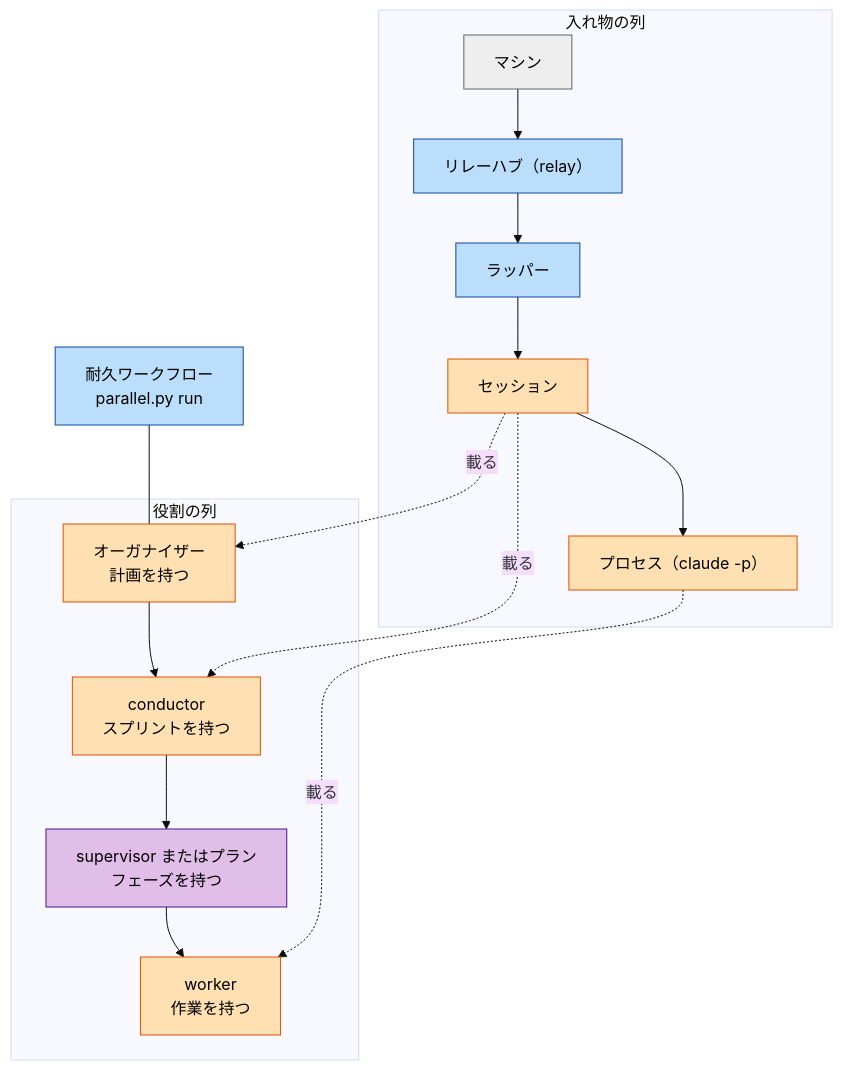
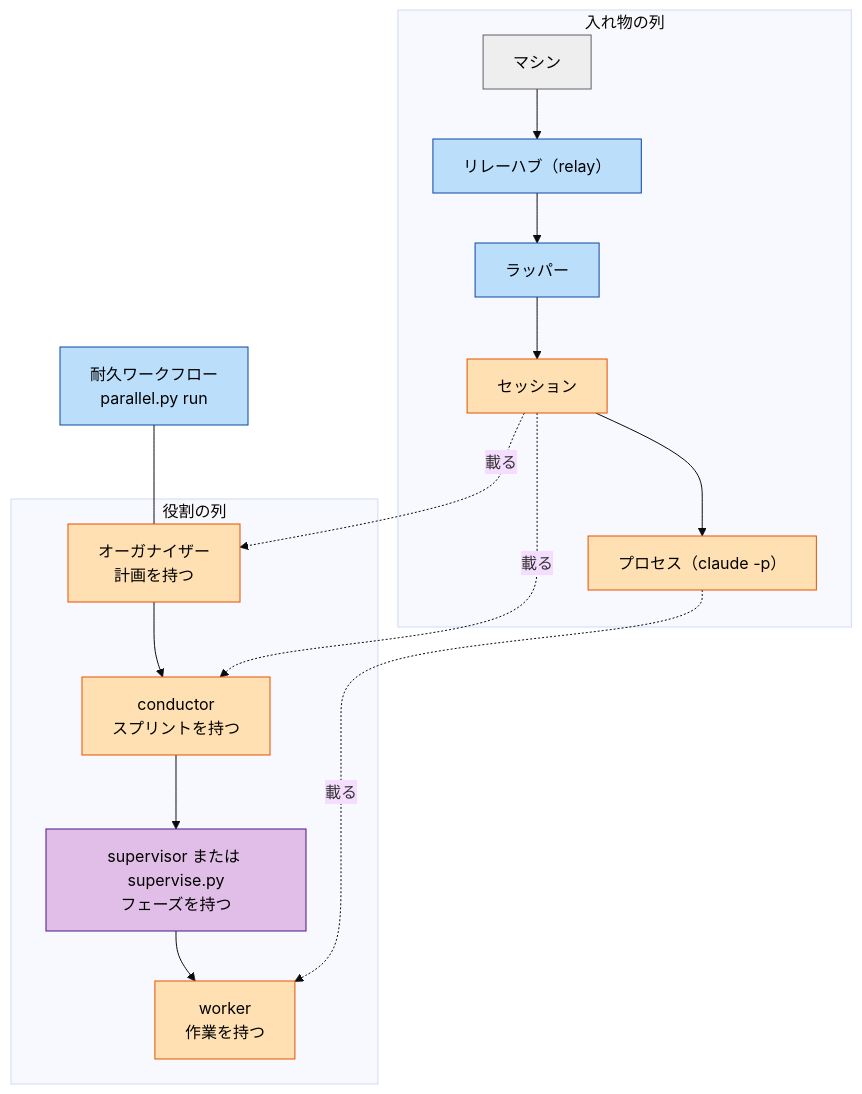
The second of 4 diagrams in docs/ndf-parallel-model.md (devbasex/ai-plugins), drawn with Mermaid (base theme) before and after one commit. The commit also changed other lines of this file, not shown here.

First line of the commit message:
Docs: 役割の列のプランを supervise.py に直す

````diff
--- a/docs/ndf-parallel-model.md
+++ b/docs/ndf-parallel-model.md
@@ -73,21 +73,21 @@
 ```mermaid
 flowchart TB
     subgraph IN["入れ物の列"]
         M["マシン"] --> HUB["リレーハブ（relay）"] --> WR["ラッパー"] --> SE["セッション"] --> PR["プロセス（claude -p）"]
     end
     subgraph RO["役割の列"]
-        OR["オーガナイザー<br/>計画を持つ"] --> CO["conductor<br/>スプリントを持つ"] --> SU["supervisor またはプラン<br/>フェーズを持つ"] --> WO["worker<br/>作業を持つ"]
+        OR["オーガナイザー<br/>計画を持つ"] --> CO["conductor<br/>スプリントを持つ"] --> SU["supervisor または supervise.py<br/>フェーズを持つ"] --> WO["worker<br/>作業を持つ"]
     end
     SE -.->|"載る"| OR
     SE -.->|"載る"| CO
     PR -.->|"載る"| WO
     DW["耐久ワークフロー<br/>parallel.py run"] --- OR
     classDef ai fill:#ffe0b2,stroke:#e65100,color:#000
     classDef script fill:#bbdefb,stroke:#0d47a1,color:#000
     classDef mixed fill:#e1bee7,stroke:#4a148c,color:#000
     classDef other fill:#eeeeee,stroke:#616161,color:#000
     class SE,PR,OR,CO,WO ai
     class HUB,WR,DW script
     class SU mixed
     class M other
 ```
````
